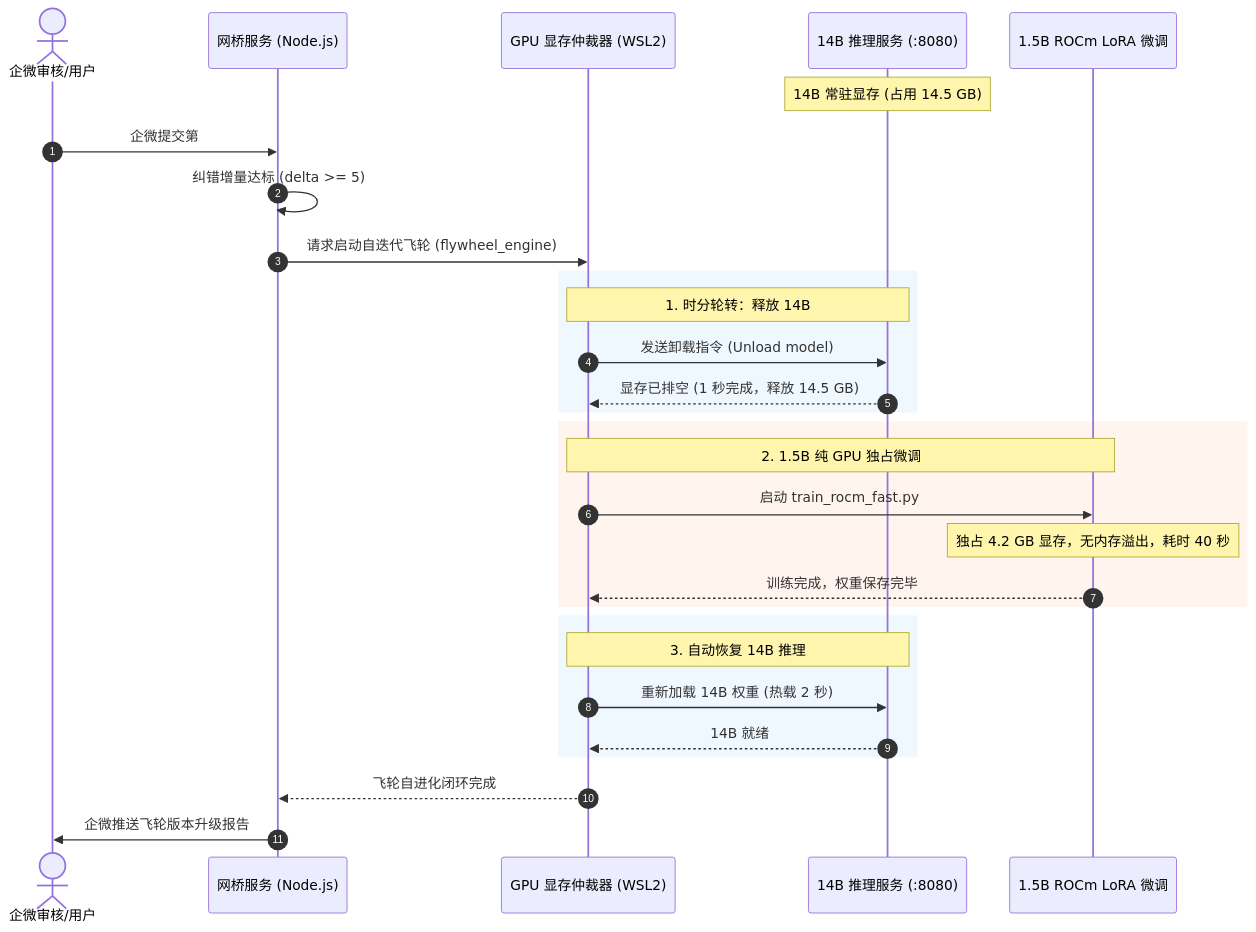
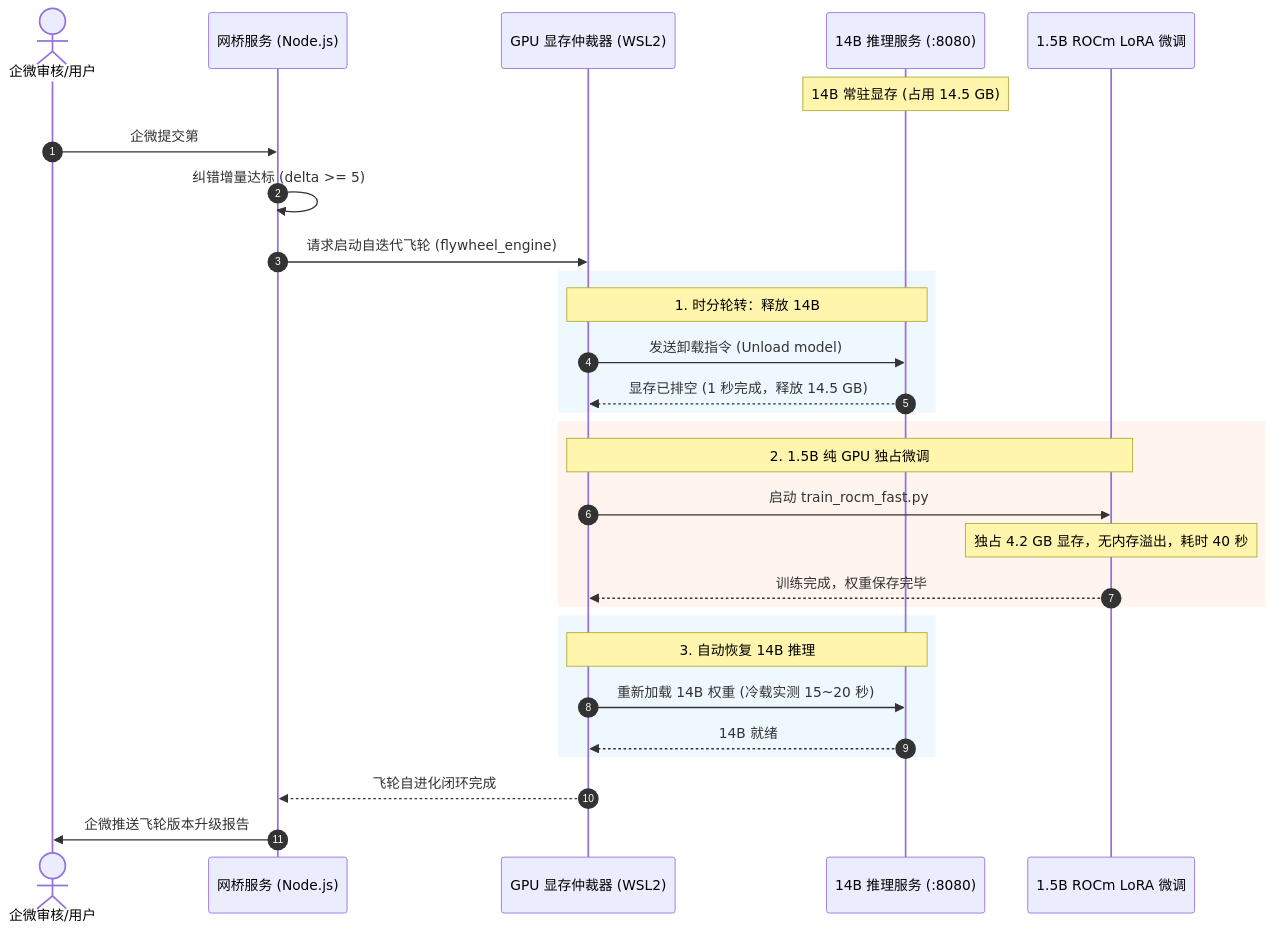
One commit to wikiTang-code/whop-wechat-bridge changed the diagram in docs/project/wsl-unified-ai-runtime-plan.md. Above: the diagram before and after it, drawn with Mermaid. The commit also changed other lines of this file and 5 other files, not shown here.

````diff
--- a/docs/project/wsl-unified-ai-runtime-plan.md
+++ b/docs/project/wsl-unified-ai-runtime-plan.md
@@ -55,36 +55,36 @@
 ```mermaid
 sequenceDiagram
     autonumber
     actor User as 企微审核/用户
     participant Bridge as 网桥服务 (Node.js)
     participant Arbiter as GPU 显存仲裁器 (WSL2)
     participant Model14B as 14B 推理服务 (:8080)
     participant Trainer as 1.5B ROCm LoRA 微调
 
     Note over Model14B: 14B 常驻显存 (占用 14.5 GB)
     User->>Bridge: 企微提交第 #95 笔纠错
     Bridge->>Bridge: 纠错增量达标 (delta >= 5)
     Bridge->>Arbiter: 请求启动自迭代飞轮 (flywheel_engine)
     
     rect rgb(240, 248, 255)
     Note over Arbiter,Model14B: 1. 时分轮转：释放 14B
     Arbiter->>Model14B: 发送卸载指令 (Unload model)
     Model14B-->>Arbiter: 显存已排空 (1 秒完成，释放 14.5 GB)
     end
 
     rect rgb(255, 245, 238)
     Note over Arbiter,Trainer: 2. 1.5B 纯 GPU 独占微调
     Arbiter->>Trainer: 启动 train_rocm_fast.py
     Note over Trainer: 独占 4.2 GB 显存，无内存溢出，耗时 40 秒
     Trainer-->>Arbiter: 训练完成，权重保存完毕
     end
 
     rect rgb(240, 248, 255)
     Note over Arbiter,Model14B: 3. 自动恢复 14B 推理
-    Arbiter->>Model14B: 重新加载 14B 权重 (热载 2 秒)
+    Arbiter->>Model14B: 重新加载 14B 权重 (冷载实测 15~20 秒)
     Model14B-->>Arbiter: 14B 就绪
     end
 
     Arbiter-->>Bridge: 飞轮自进化闭环完成
     Bridge->>User: 企微推送飞轮版本升级报告
 ```
````
